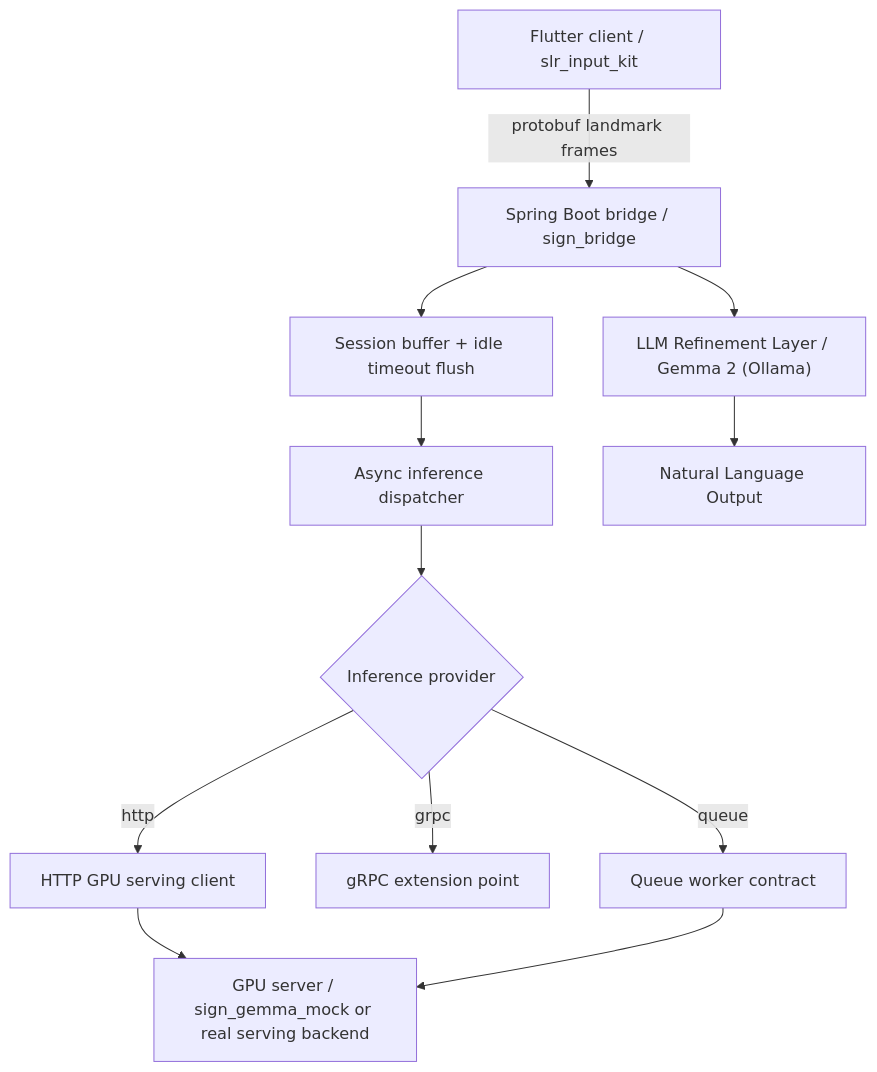
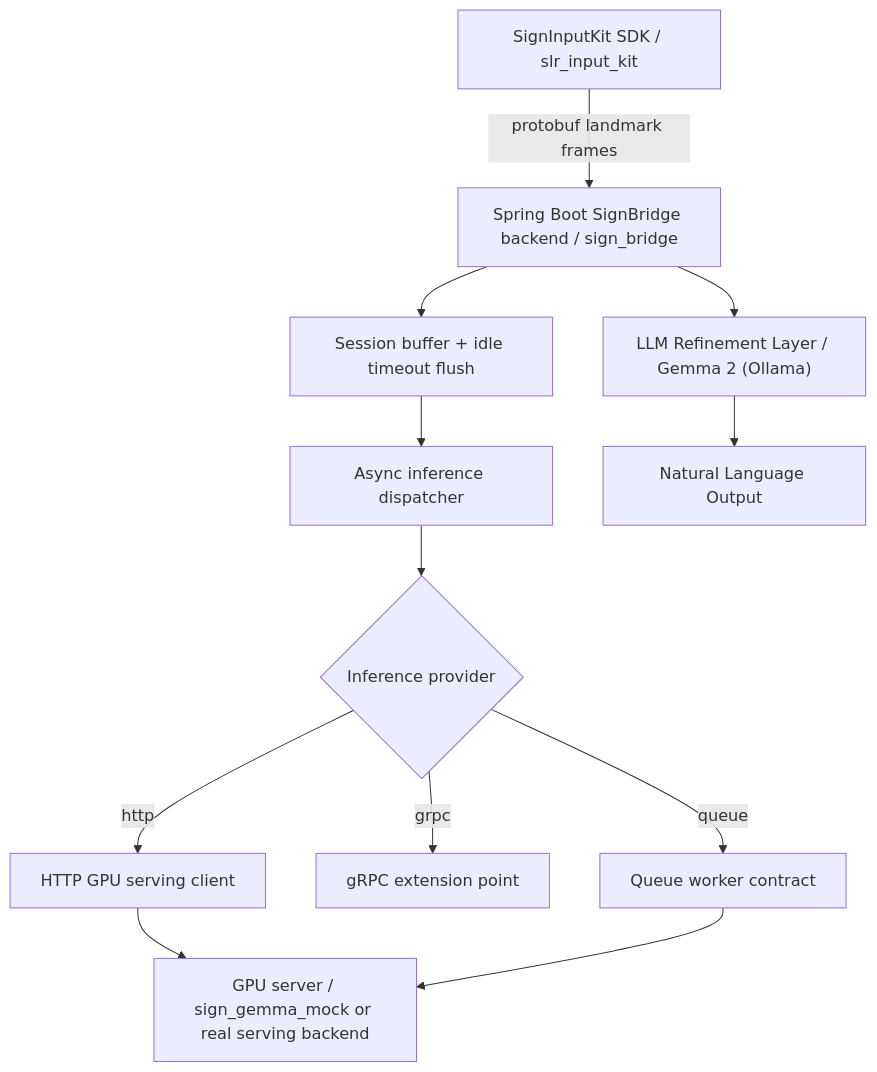
One commit to clevekim00/mj_sign changed the diagram in README_en.md. Above: the diagram before and after it, drawn with Mermaid. The commit also changed other lines of this file and 34 other files, not shown here.

````diff
--- a/README_en.md
+++ b/README_en.md
@@ -17,14 +19,14 @@
 ```mermaid
 graph TD
-    A["Flutter client / slr_input_kit"] -->|"protobuf landmark frames"| B["Spring Boot bridge / sign_bridge"]
+    A["SignInputKit SDK / slr_input_kit"] -->|"protobuf landmark frames"| B["Spring Boot SignBridge backend / sign_bridge"]
     B --> C["Session buffer + idle timeout flush"]
     C --> D["Async inference dispatcher"]
     D --> E{"Inference provider"}
     E -->|"http"| F["HTTP GPU serving client"]
     E -->|"grpc"| G["gRPC extension point"]
     E -->|"queue"| H["Queue worker contract"]
     F --> I["GPU server / sign_gemma_mock or real serving backend"]
     H --> I
     B --> J["LLM Refinement Layer / Gemma 2 (Ollama)"]
     J --> K["Natural Language Output"]
 ```
````
